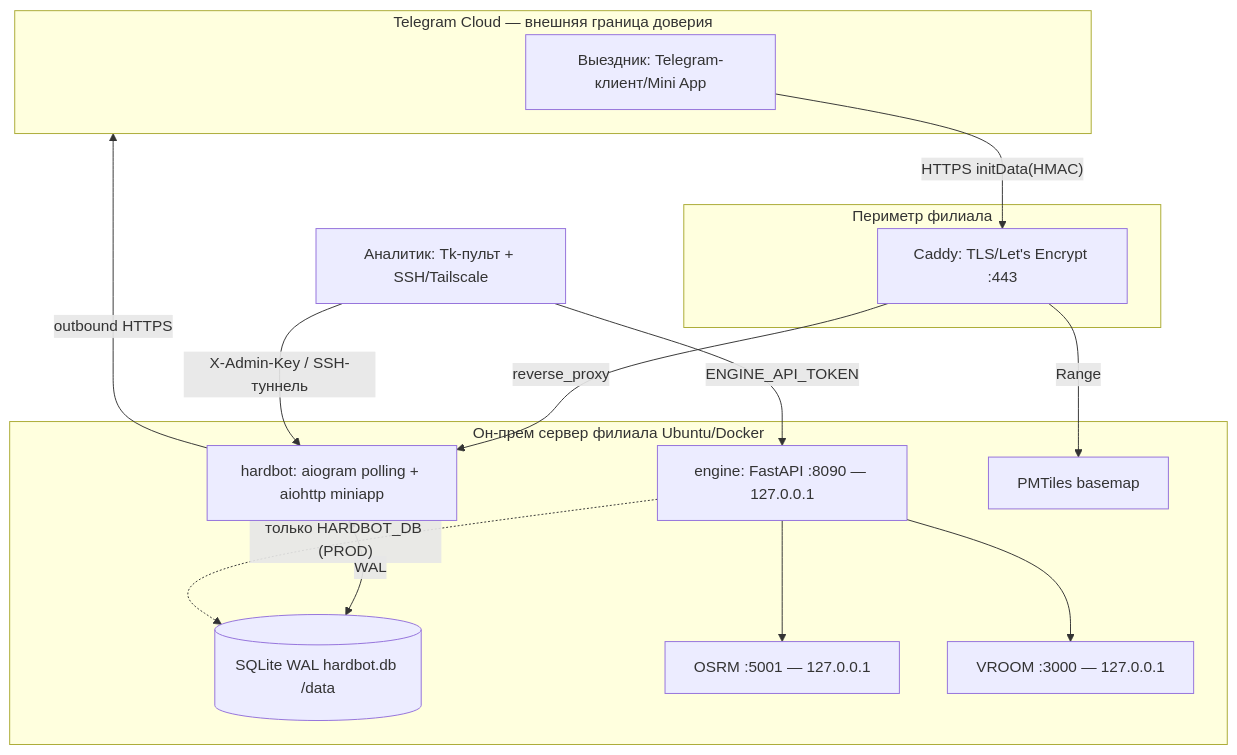
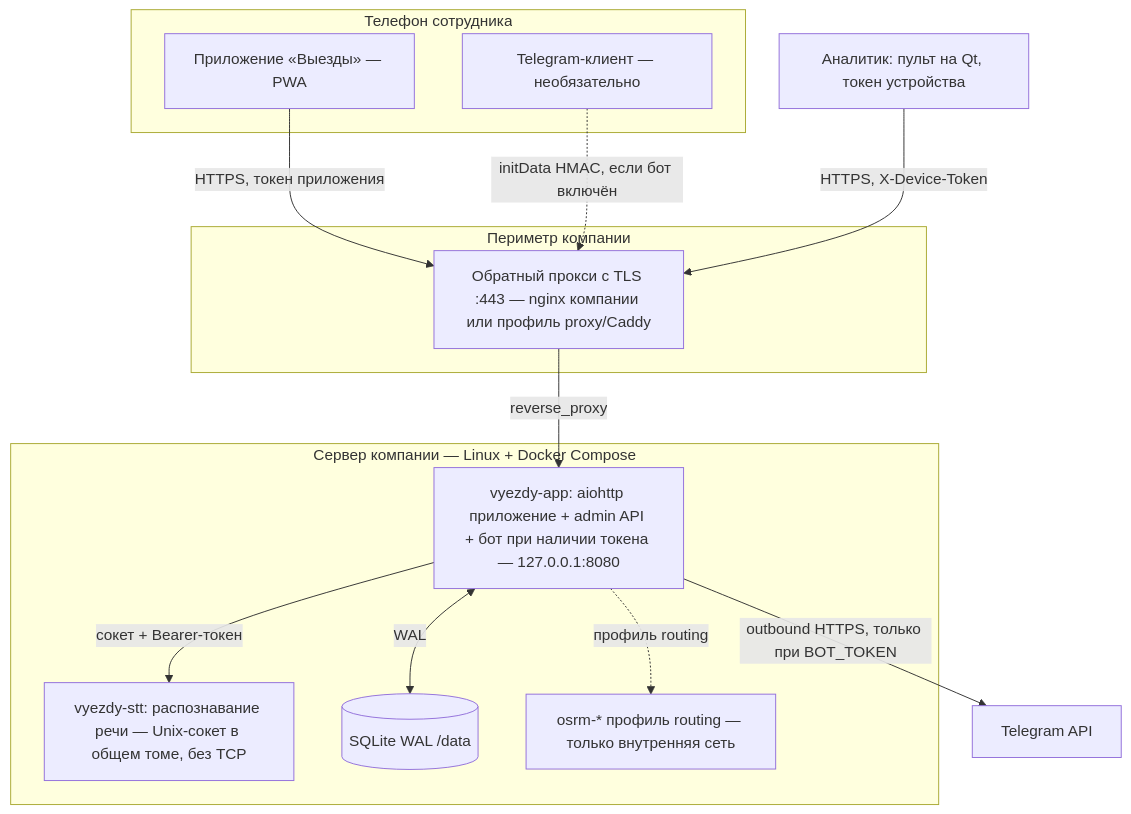
One commit to josephsteuerjr/hardbot changed the diagram in docs/security/01-architecture.md. Above: the diagram before and after it, drawn with Mermaid. The commit also changed other lines of this file and 22 other files, not shown here.

````diff
--- a/docs/security/01-architecture.md
+++ b/docs/security/01-architecture.md
@@ -33,29 +40,26 @@
 ```mermaid
 flowchart TB
-  subgraph TG[Telegram Cloud — внешняя граница доверия]
-    U[Выездник: Telegram-клиент/Mini App]
+  subgraph PHONE[Телефон сотрудника]
+    U[Приложение «Выезды» — PWA]
+    T[Telegram-клиент — необязательно]
   end
-  subgraph EDGE[Периметр филиала]
-    CADDY[Caddy: TLS/Let's Encrypt :443]
+  subgraph EDGE[Периметр компании]
+    PROXY[Обратный прокси с TLS :443 — nginx компании или профиль proxy/Caddy]
   end
-  subgraph HOST[Он-прем сервер филиала Ubuntu/Docker]
-    BOT[hardbot: aiogram polling + aiohttp miniapp]
-    DB[(SQLite WAL hardbot.db /data)]
-    ENG[engine: FastAPI :8090 — 127.0.0.1]
-    OSRM[OSRM :5001 — 127.0.0.1]
-    VROOM[VROOM :3000 — 127.0.0.1]
-    TILES[PMTiles basemap]
+  subgraph HOST[Сервер компании — Linux + Docker Compose]
+    APP[vyezdy-app: aiohttp приложение + admin API + бот при наличии токена — 127.0.0.1:8080]
+    STT[vyezdy-stt: распознавание речи — Unix-сокет в общем томе, без TCP]
+    DB[(SQLite WAL /data)]
+    OSRM[osrm-* профиль routing — только внутренняя сеть]
   end
-  ADMIN[Аналитик: Tk-пульт + SSH/Tailscale]
+  ADMIN[Аналитик: пульт на Qt, токен устройства]
 
-  U -- HTTPS initData(HMAC) --> CADDY
-  CADDY -- reverse_proxy --> BOT
-  CADDY -- Range --> TILES
-  BOT <-- WAL --> DB
-  BOT -- outbound HTTPS --> TG
-  ADMIN -- X-Admin-Key / SSH-туннель --> BOT
-  ADMIN -- ENGINE_API_TOKEN --> ENG
-  ENG --> OSRM
-  ENG --> VROOM
-  ENG -. только HARDBOT_DB (PROD) .-> DB
+  U -- HTTPS, токен приложения --> PROXY
+  T -. initData HMAC, если бот включён .-> PROXY
+  PROXY -- reverse_proxy --> APP
+  APP <-- WAL --> DB
+  APP -- сокет + Bearer-токен --> STT
+  APP -- outbound HTTPS, только при BOT_TOKEN --> TG[Telegram API]
+  APP -. профиль routing .-> OSRM
+  ADMIN -- HTTPS, X-Device-Token --> PROXY
 ```
````
